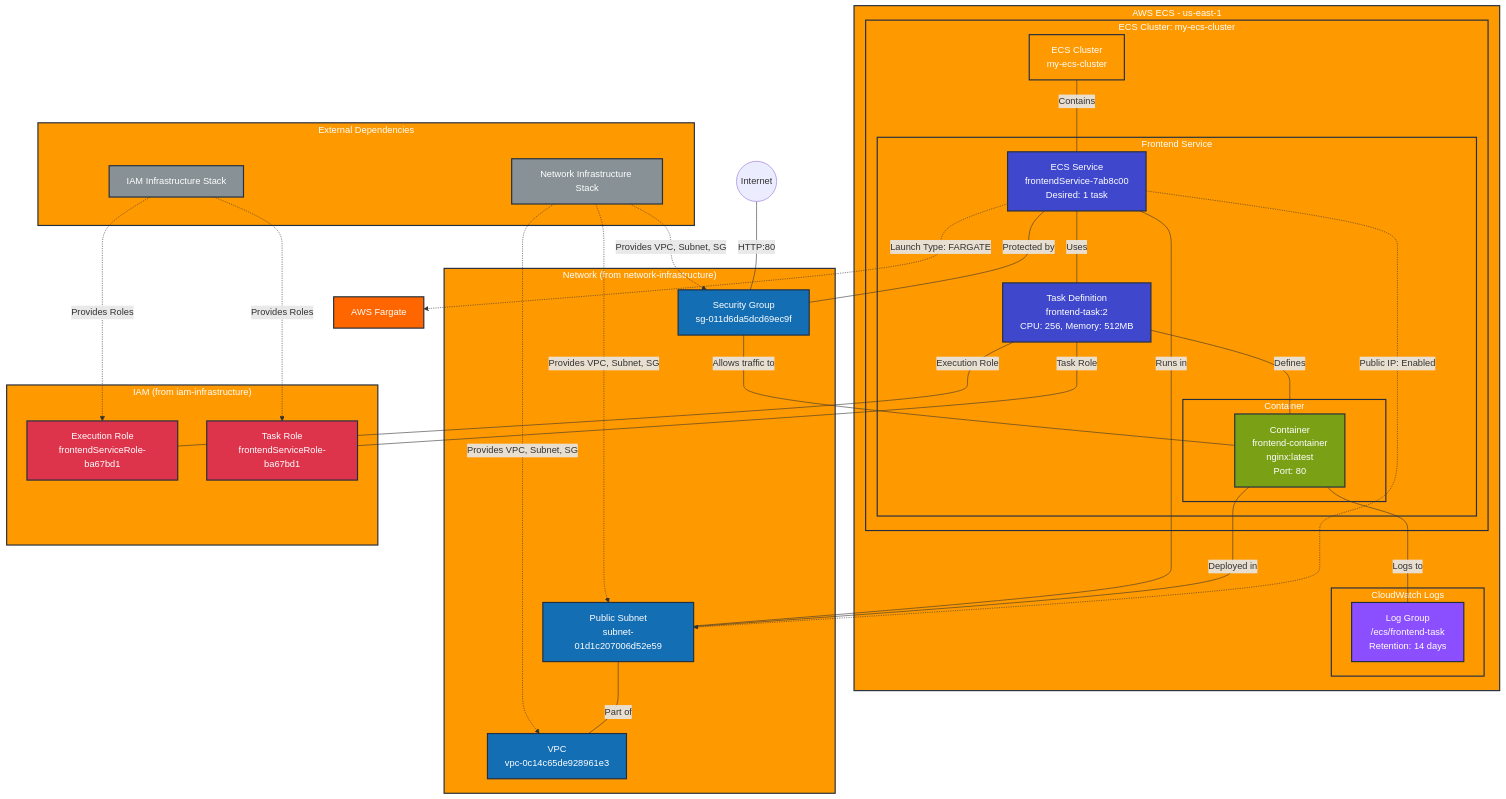
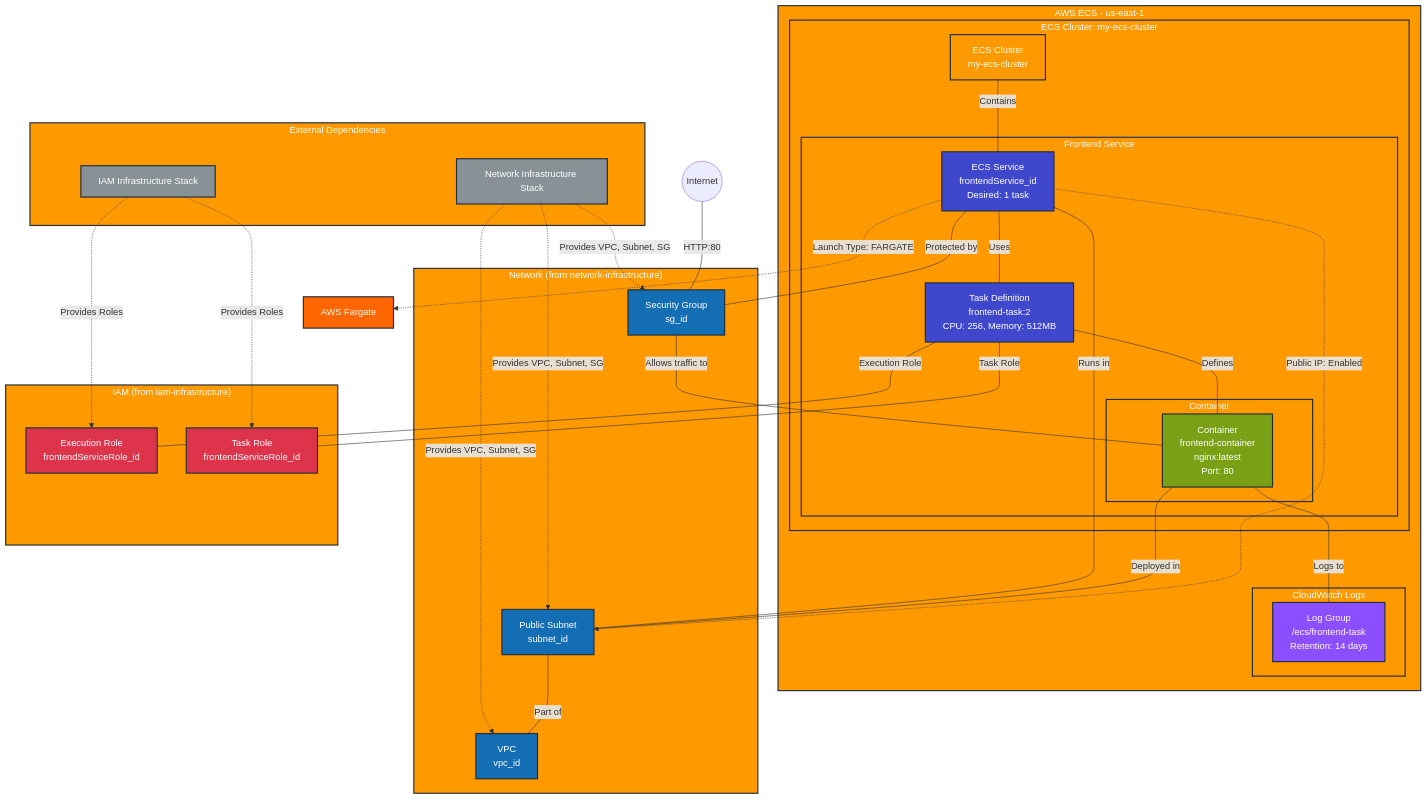
The diagram in stacks/cluster-infrastructure-prod.md (Elisabeth-Team/Architecture-Diagrams), drawn with Mermaid before and after one commit. The commit also changed other lines of this file and 7 other files, not shown here.

```diff
--- a/stacks/cluster-infrastructure-prod.md
+++ b/stacks/cluster-infrastructure-prod.md
@@ -14,7 +14,7 @@
             CLUSTER[ECS Cluster<br/>my-ecs-cluster]
             
             subgraph "Frontend Service"
-                SERVICE[ECS Service<br/>frontendService-7ab8c00<br/>Desired: 1 task]
+                SERVICE[ECS Service<br/>frontendService_id<br/>Desired: 1 task]
                 TASK_DEF[Task Definition<br/>frontend-task:2<br/>CPU: 256, Memory: 512MB]
                 
                 subgraph "Container"
@@ -29,14 +29,14 @@
     end
     
     subgraph "Network (from network-infrastructure)"
-        VPC_REF[VPC<br/>vpc-0c14c65de928961e3]
-        SUBNET_REF[Public Subnet<br/>subnet-01d1c207006d52e59]
-        SG_REF[Security Group<br/>sg-011d6da5dcd69ec9f]
+        VPC_REF[VPC<br/>vpc_id]
+        SUBNET_REF[Public Subnet<br/>subnet_id]
+        SG_REF[Security Group<br/>sg_id]
     end
     
     subgraph "IAM (from iam-infrastructure)"
-        EXEC_ROLE[Execution Role<br/>frontendServiceRole-ba67bd1]
-        TASK_ROLE[Task Role<br/>frontendServiceRole-ba67bd1]
+        EXEC_ROLE[Execution Role<br/>frontendServiceRole_id]
+        TASK_ROLE[Task Role<br/>frontendServiceRole_id]
     end
     
     INTERNET((Internet))
```
